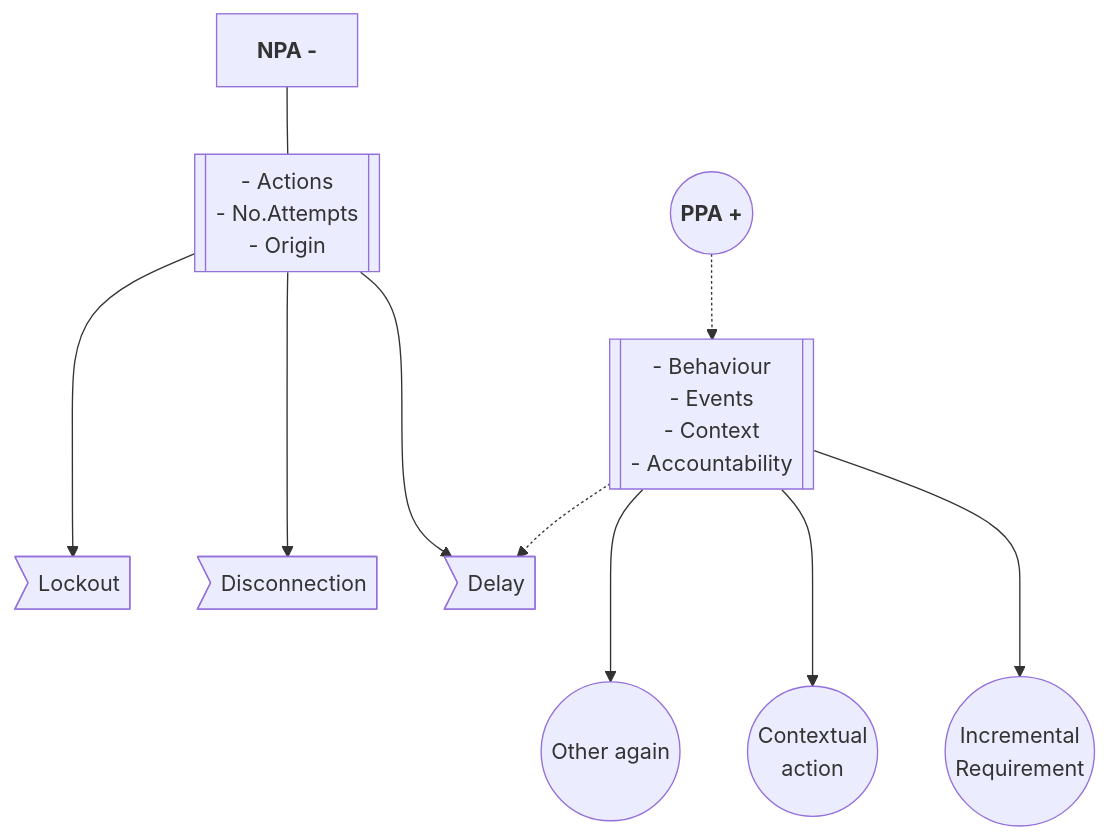
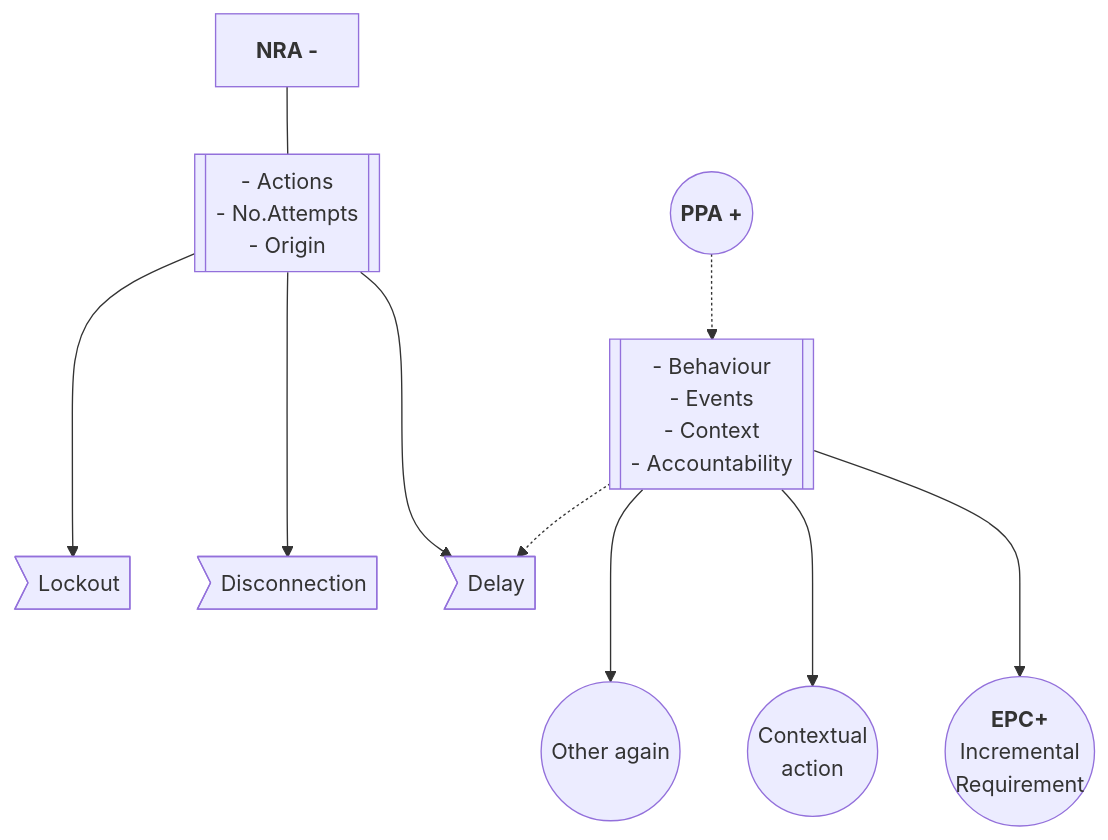
The fourth of 4 diagrams in Cases/LFCS-1.md (s4dhulabs/LFWFBD), drawn with Mermaid before and after one commit. The commit also changed other lines of this file, not shown here.

````diff
--- a/Cases/LFCS-1.md
+++ b/Cases/LFCS-1.md
@@ -115,52 +115,52 @@
 ```mermaid
 graph TB
     %% Notice that no text in shape are added here instead that is appended further down
     %% od3[Action]
     %% od4[Origin]
     %% od5[N.Attempts]
     %% od6((Behaviour))
     %% od7((Events))
     %% od8((Context))
     %% od9((Accountability))
     triggers[[ - Actions <br> - No.Attempts <br> - Origin ]]
     contexts[[ - Behaviour <br> - Events <br> - Context <br> - Accountability]]
     
     %% requirements
-    req1((Incremental <br> Requirement))
+    req1((<b>EPC+</b><br>Incremental <br> Requirement))
     req2((Contextual <br> action))
     req3((Other again))
     
     na1>Delay]
     na2>Disconnection]
     na3>Lockout]
     
-    e[<b>NPA - </b>]
+    e[<b>NRA - </b>]
     f((<b>PPA + </b>))
     
     e --- triggers
     triggers ---> na1
     triggers ---> na2
     triggers ---> na3 
     %%e --- od4
     %%e --- od5
     
     f -.-> contexts
     contexts ---> req1
     contexts ---> req2
     contexts ---> req3
     contexts -.-> na1
     
     %% f ---> od6
     %% f ---> od7
     %% f ---> od8
     %% f ---> od9
     
     %% od5 ---> na1
     %% od5 ---> na2
     %% od5 ---> na3
     
     classDef green fill:#9f6,stroke:#333,stroke-width:2px;
     classDef orange fill:#f96,stroke:#333,stroke-width:4px;
     class e red
     class di orange
 ```
````
